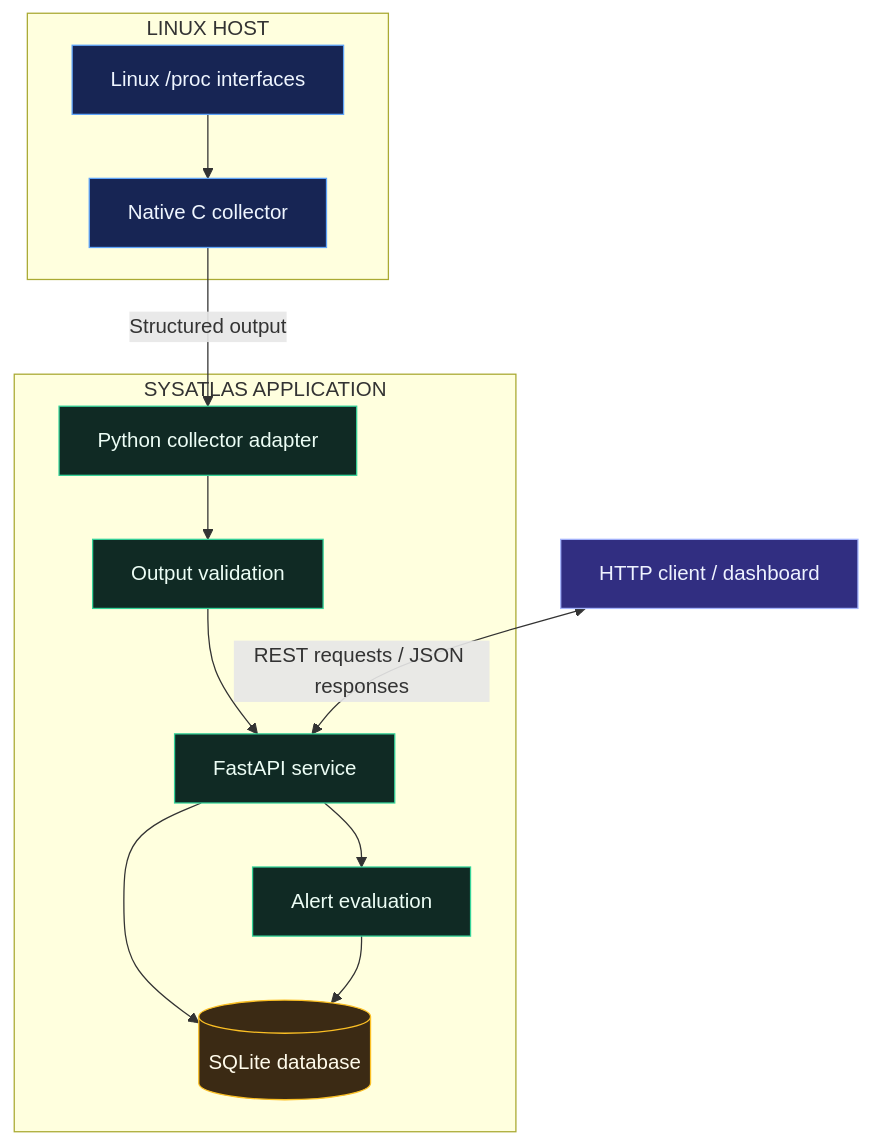
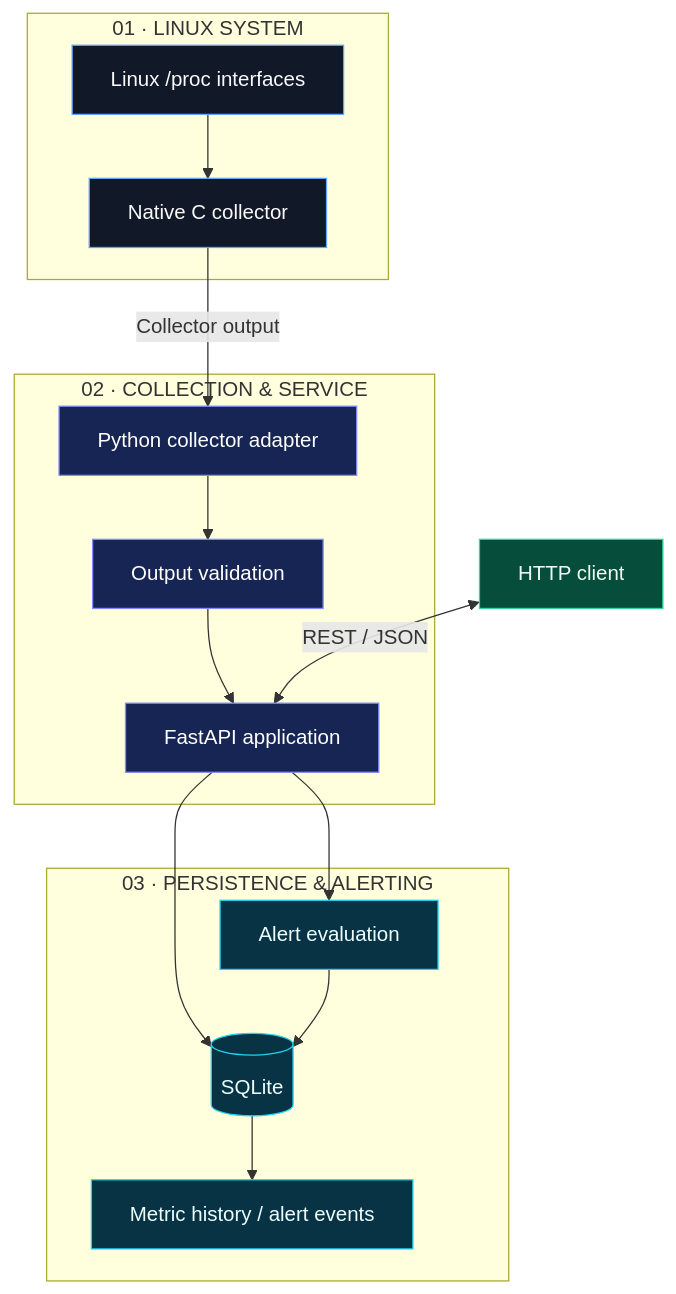
The diagram in README.md (akankshad1712/sysatlas), drawn with Mermaid before and after one commit. The commit also changed other lines of this file, not shown here.

````diff
--- a/README.md
+++ b/README.md
@@ -51,36 +82,42 @@
 ```mermaid
 flowchart TB
-    subgraph HOST["LINUX HOST"]
-        PROC["Linux /proc interfaces"]
+    subgraph HOST["01 · LINUX SYSTEM"]
+        OS["Linux /proc interfaces"]
         C["Native C collector"]
-        PROC --> C
+        OS --> C
     end
 
-    subgraph APP["SYSATLAS APPLICATION"]
-        RUN["Python collector adapter"]
-        VALIDATE["Output validation"]
-        API["FastAPI service"]
-        ALERT["Alert evaluation"]
-        DB[("SQLite database")]
+    subgraph SERVICE["02 · COLLECTION & SERVICE"]
+        ADAPTER["Python collector adapter"]
+        VALIDATOR["Output validation"]
+        API["FastAPI application"]
+
+        ADAPTER --> VALIDATOR
+        VALIDATOR --> API
     end
 
-    CLIENT["HTTP client / dashboard"]
+    subgraph DATA["03 · PERSISTENCE & ALERTING"]
+        DB[("SQLite")]
+        ALERT["Alert evaluation"]
+        HISTORY["Metric history / alert events"]
 
-    C -->|"Structured output"| RUN
-    RUN --> VALIDATE
-    VALIDATE --> API
-    API --> DB
-    API --> ALERT
-    ALERT --> DB
-    CLIENT <-->|"REST requests / JSON responses"| API
+        API --> DB
+        API --> ALERT
+        DB --> HISTORY
+        ALERT --> DB
+    end
 
-    classDef source fill:#172554,stroke:#60A5FA,color:#EFF6FF
-    classDef service fill:#102A24,stroke:#34D399,color:#ECFDF5
-    classDef storage fill:#3B2A14,stroke:#FBBF24,color:#FFFBEB
-    classDef client fill:#312E81,stroke:#A5B4FC,color:#EEF2FF
+    USER["HTTP client"]
+    USER <-->|"REST / JSON"| API
+    C -->|"Collector output"| ADAPTER
 
-    class PROC,C source
-    class RUN,VALIDATE,API,ALERT service
-    class DB storage
-    class CLIENT client
+    classDef host fill:#111827,stroke:#60A5FA,color:#F9FAFB
+    classDef service fill:#172554,stroke:#818CF8,color:#FFFFFF
+    classDef storage fill:#083344,stroke:#22D3EE,color:#ECFEFF
+    classDef client fill:#064E3B,stroke:#34D399,color:#ECFDF5
+
+    class OS,C host
+    class ADAPTER,VALIDATOR,API service
+    class DB,ALERT,HISTORY storage
+    class USER client
 ```
````
